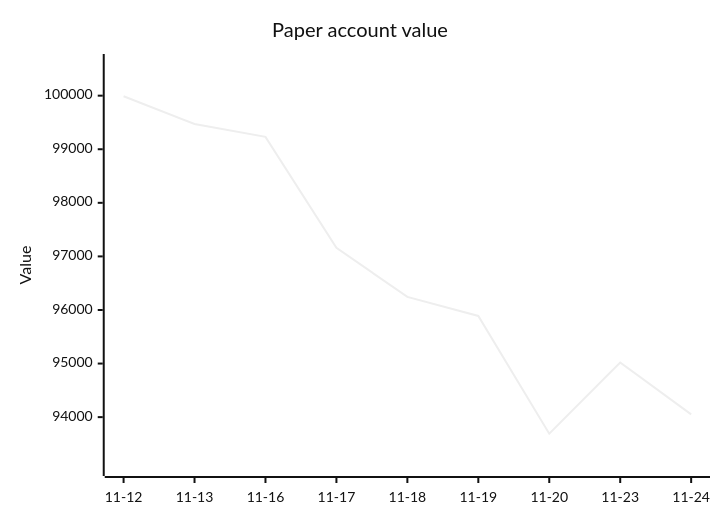
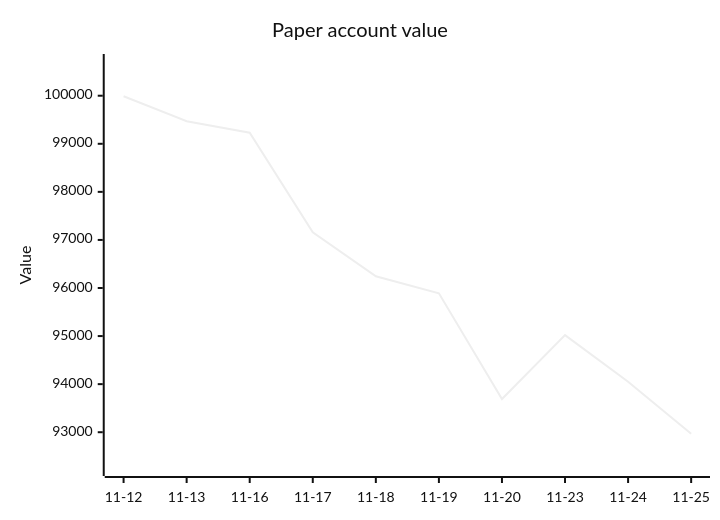
Before and after one commit to owlpowell50-creator/trading-bot: the second of 2 diagrams in 00 - Bot Dashboard.md, drawn with Mermaid (neutral theme). The commit also changed other lines of this file and 17 other files, not shown here.

````diff
--- a/00 - Bot Dashboard.md
+++ b/00 - Bot Dashboard.md
@@ -67,7 +68,7 @@
 ```mermaid
 xychart-beta
     title "Paper account value"
-    x-axis ["11-12", "11-13", "11-16", "11-17", "11-18", "11-19", "11-20", "11-23", "11-24"]
-    y-axis "Value" 93060 --> 100619
-    line [99989.1, 99470.6, 99230.9, 97159.3, 96244.1, 95888.9, 93690.1, 95020.8, 94050.6]
+    x-axis ["11-12", "11-13", "11-16", "11-17", "11-18", "11-19", "11-20", "11-23", "11-24", "11-25"]
+    y-axis "Value" 92266 --> 100691
+    line [99989.1, 99470.6, 99230.9, 97159.3, 96244.1, 95888.9, 93690.1, 95020.8, 94050.6, 92968.3]
 ```
````
